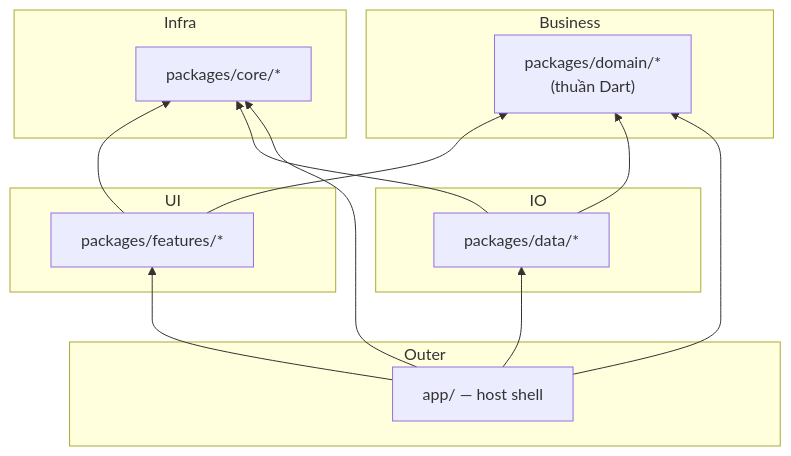
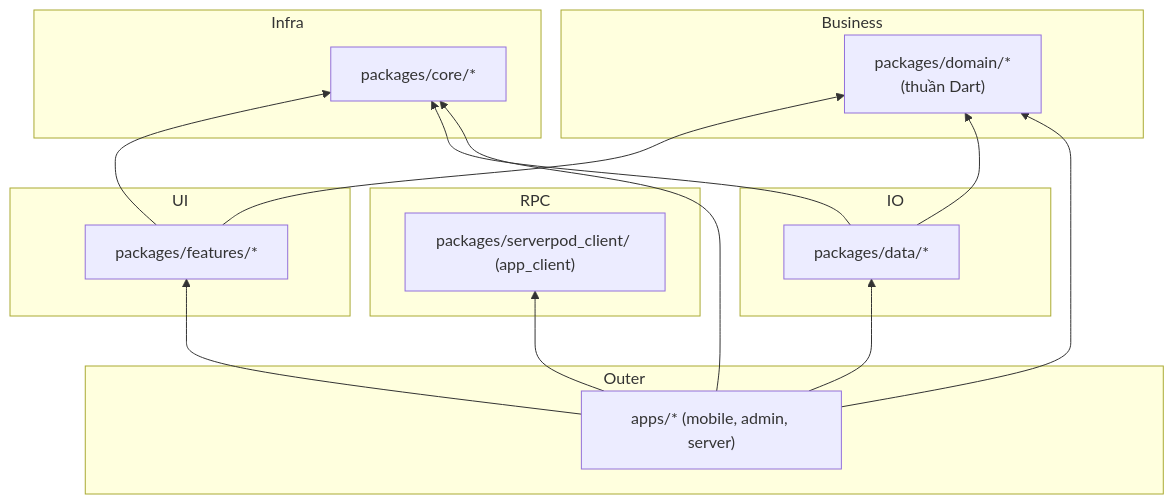
Before and after one commit to CaoGiaHieu-dev/flutter-monorepo-codebase: the diagram in docs/vi/getting-started/02_project_tour.md, drawn with Mermaid. The commit also changed other lines of this file and 23 other files, not shown here.

Commit message:
refactor(core): remove firebase from core_common, update architecture graphs, test suites, and tooling scripts

````diff
--- a/docs/vi/getting-started/02_project_tour.md
+++ b/docs/vi/getting-started/02_project_tour.md
@@ -101,27 +101,31 @@
 ```mermaid
 graph BT
     subgraph Outer
-        App["app/ — host shell"]
+        Apps["apps/* (mobile, admin, server)"]
+    end
+    subgraph RPC
+        Client["packages/serverpod_client/ (app_client)"]
     end
     subgraph UI
         Features["packages/features/*"]
     end
     subgraph Business
         Domain["packages/domain/*<br/>(thuần Dart)"]
     end
     subgraph IO
         Data["packages/data/*"]
     end
     subgraph Infra
         Core["packages/core/*"]
     end
 
     Features --> Domain
     Data --> Domain
     Features --> Core
     Data --> Core
-    App --> Features
-    App --> Data
-    App --> Domain
-    App --> Core
+    Apps --> Features
+    Apps --> Data
+    Apps --> Domain
+    Apps --> Core
+    Apps --> Client
 ```
````
